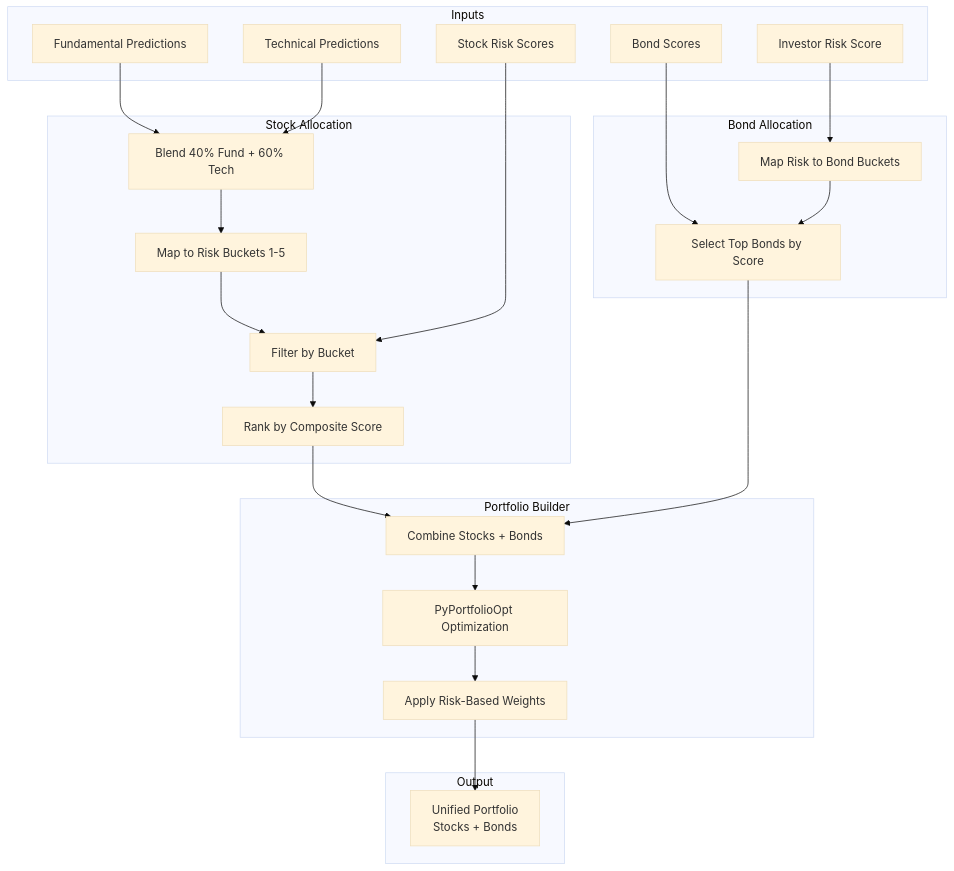
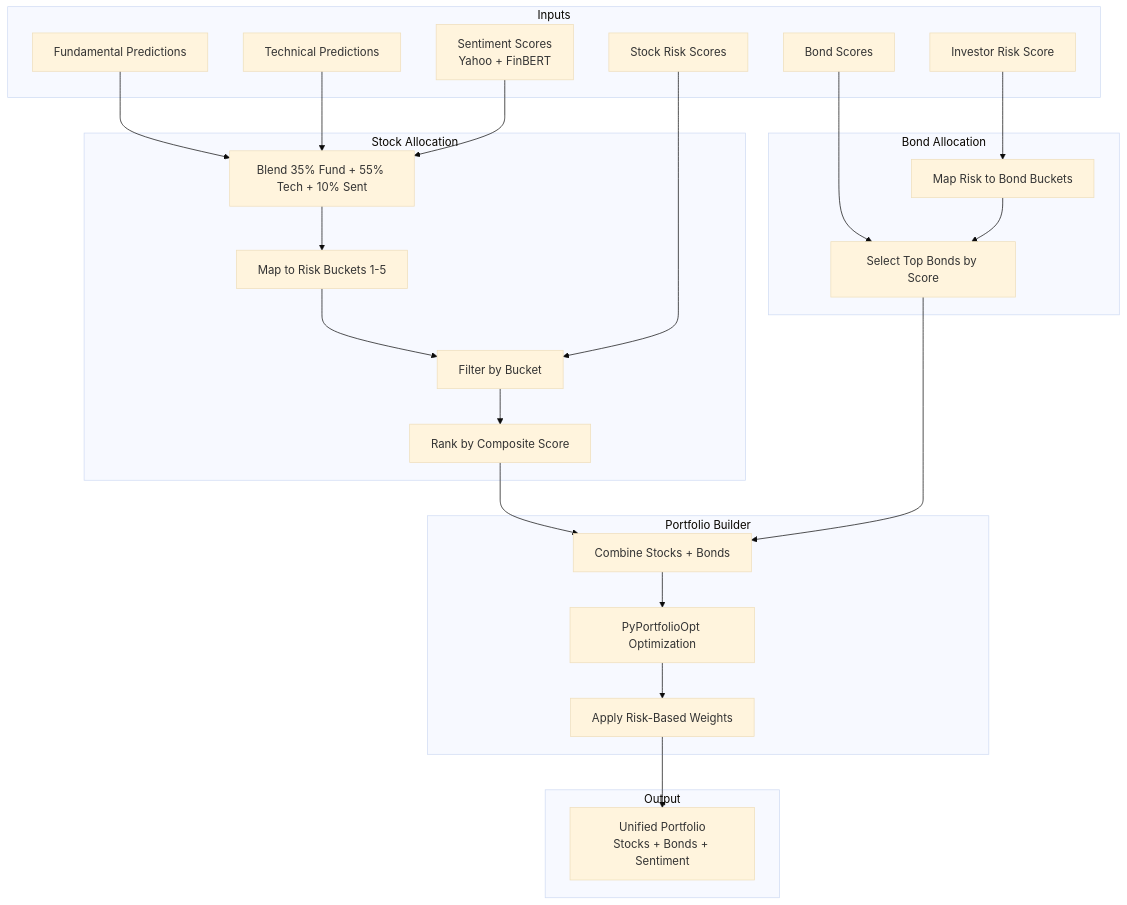
The eighth of 10 diagrams in README.md (HansalBhangale/data), drawn with Mermaid (base theme) before and after one commit. The commit also changed other lines of this file and 14 other files, not shown here.

````diff
--- a/README.md
+++ b/README.md
@@ -268,47 +362,49 @@
 ```mermaid
 flowchart TB
     subgraph "Inputs"
         FundPred[Fundamental Predictions]
         TechPred[Technical Predictions]
+        SentPred[Sentiment Scores<br/>Yahoo + FinBERT]
         BondScores[Bond Scores]
         RiskScore[Investor Risk Score]
         StockRisk[Stock Risk Scores]
     end
 
     subgraph "Stock Allocation"
-        Blend[Blend 40% Fund + 60% Tech]
+        Blend[Blend 35% Fund + 55% Tech + 10% Sent]
         Bucket[Map to Risk Buckets 1-5]
         Filter[Filter by Bucket]
         Rank[Rank by Composite Score]
     end
 
     subgraph "Bond Allocation"
         RiskAlloc[Map Risk to Bond Buckets]
         BondRank[Select Top Bonds by Score]
     end
 
     subgraph "Portfolio Builder"
         Combine[Combine Stocks + Bonds]
         Opt[PyPortfolioOpt Optimization]
         Weight[Apply Risk-Based Weights]
     end
 
     subgraph "Output"
-        Port[Unified Portfolio<br/>Stocks + Bonds]
+        Port[Unified Portfolio<br/>Stocks + Bonds + Sentiment]
     end
 
     FundPred --> Blend
     TechPred --> Blend
+    SentPred --> Blend
     Blend --> Bucket
     Bucket --> Filter
     StockRisk --> Filter
     Filter --> Rank
     RiskScore --> RiskAlloc
     BondScores --> BondRank
     RiskAlloc --> BondRank
     Rank --> Combine
     BondRank --> Combine
     Combine --> Opt
     Opt --> Weight
     Weight --> Port
 ```
````
